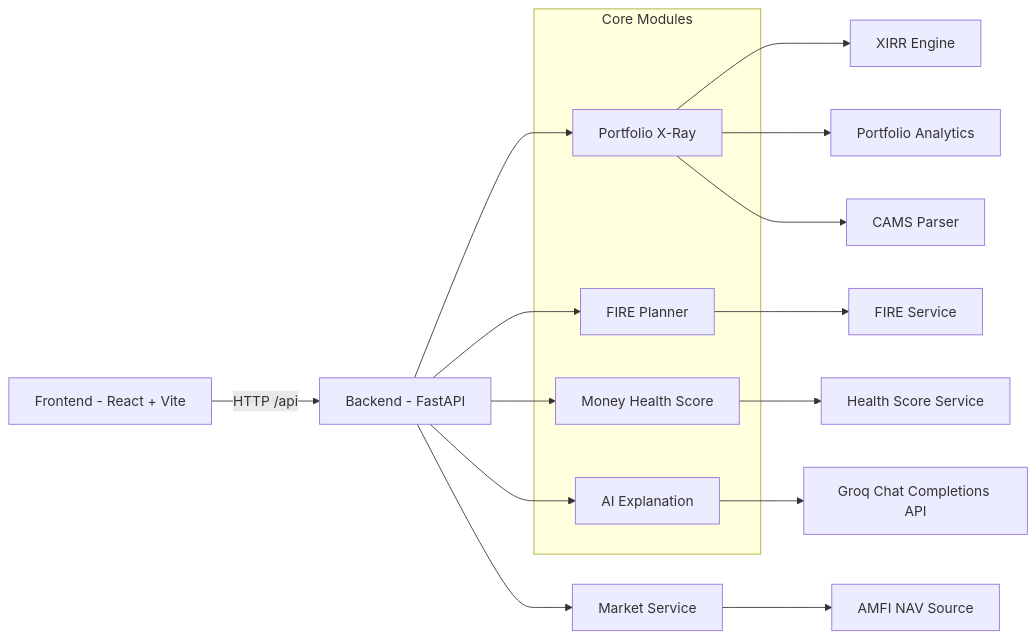
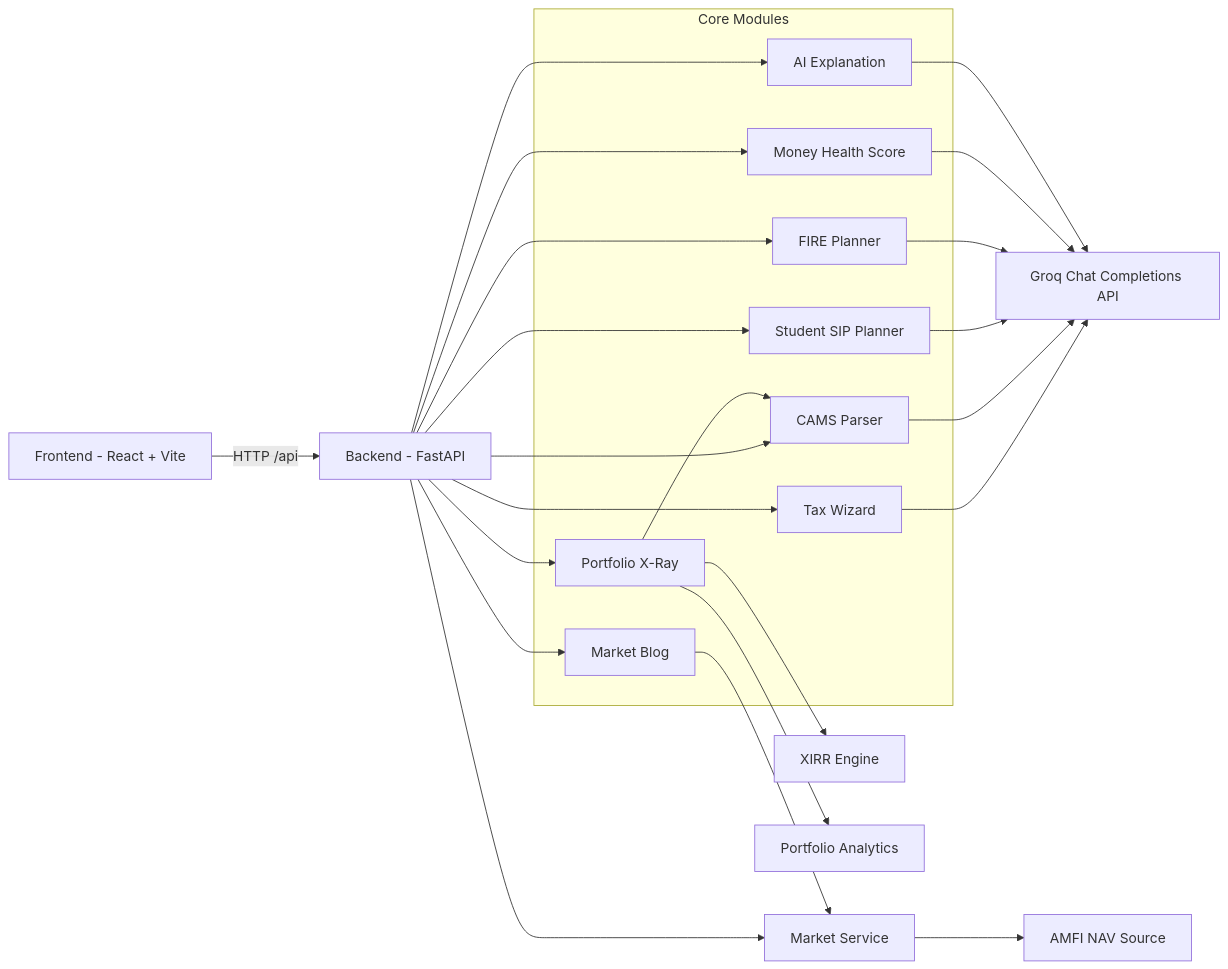
The first of 2 diagrams in README.md (SagarAgarwal2/ai-money-inventory), drawn with Mermaid before and after one commit. The commit also changed other lines of this file and 22 other files, not shown here.

````diff
--- a/README.md
+++ b/README.md
@@ -24,28 +35,39 @@
 ```mermaid
 flowchart LR
 		FE[Frontend - React + Vite] -->|HTTP /api| BE[Backend - FastAPI]
 
 		subgraph Modules[Core Modules]
 			PX[Portfolio X-Ray]
 			FP[FIRE Planner]
 			MH[Money Health Score]
+			TW[Tax Wizard]
+			CP[Couple Planner]
+			SP[Student SIP Planner]
+			MB[Market Blog]
 			AI[AI Explanation]
 		end
 
 		BE --> PX
 		BE --> FP
 		BE --> MH
+		BE --> TW
+		BE --> CP
+		BE --> SP
+		BE --> MB
 		BE --> AI
 
 		PX --> XIRR[XIRR Engine]
 		PX --> PA[Portfolio Analytics]
 		PX --> CP[CAMS Parser]
 
-		FP --> FS[FIRE Service]
-		MH --> HS[Health Score Service]
+		TW --> GROQ[Groq Chat Completions API]
+		CP --> GROQ
+		SP --> GROQ
+		FP --> GROQ
+		MH --> GROQ
+		AI --> GROQ
 
 		BE --> MS[Market Service]
 		MS --> AMFI[AMFI NAV Source]
-
-		AI --> GROQ[Groq Chat Completions API]
+		MB --> MS
 ```
````
